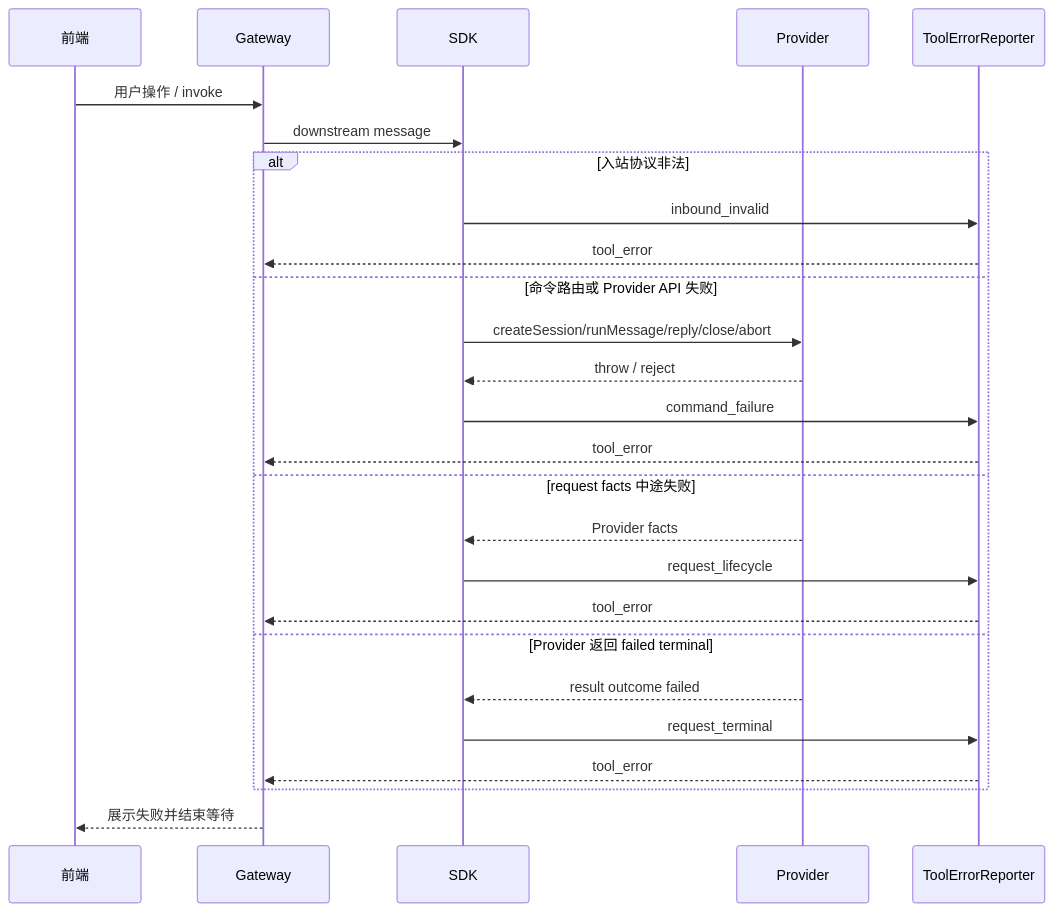
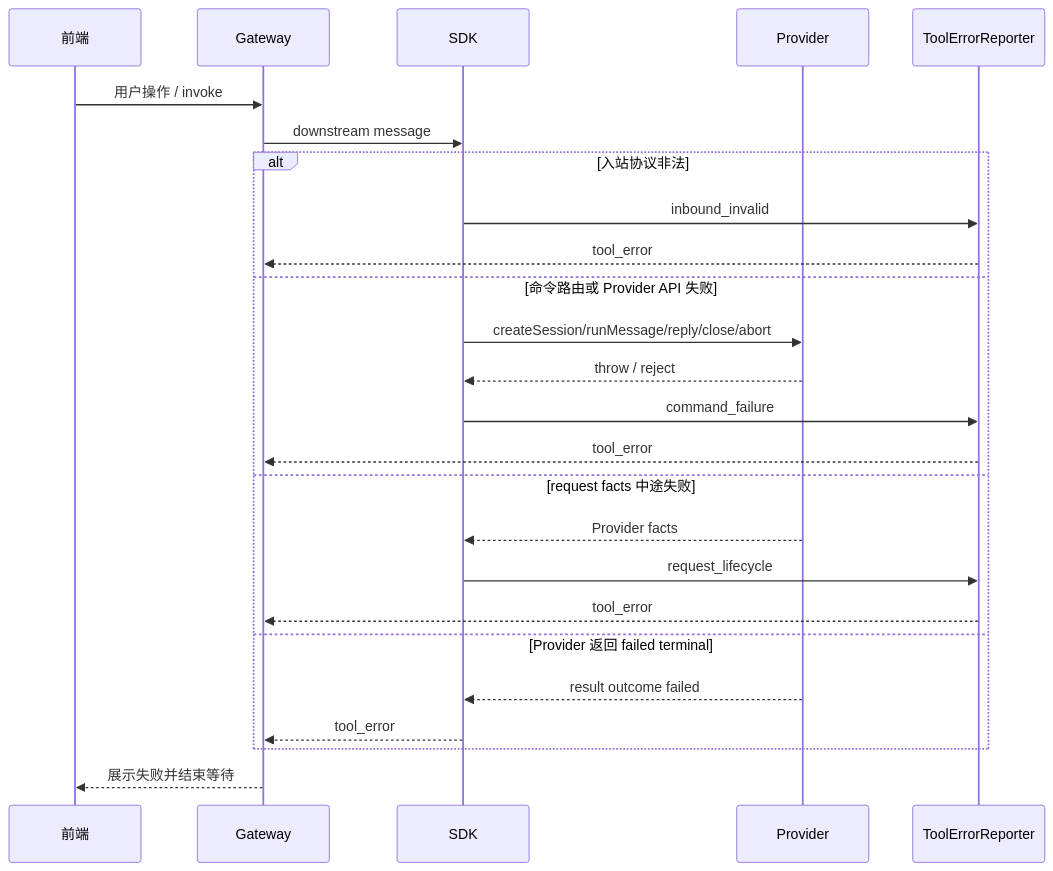
Before and after one commit to yuzhangCZ/agent-plugin: the second of 3 diagrams in docs/design/bridge-runtime-sdk-tool-error-stage-matrix.md, drawn with Mermaid. The commit also changed other lines of this file and 4 other files, not shown here.

Commit message:
chore align terminal tool error stages

````diff
--- a/docs/design/bridge-runtime-sdk-tool-error-stage-matrix.md
+++ b/docs/design/bridge-runtime-sdk-tool-error-stage-matrix.md
@@ -71,29 +70,28 @@
 ```mermaid
 sequenceDiagram
     participant FE as 前端
     participant GW as Gateway
     participant SDK as SDK
     participant P as Provider
     participant TER as ToolErrorReporter
 
     FE->>GW: 用户操作 / invoke
     GW->>SDK: downstream message
     alt 入站协议非法
         SDK->>TER: inbound_invalid
         TER-->>GW: tool_error
     else 命令路由或 Provider API 失败
         SDK->>P: createSession/runMessage/reply/close/abort
         P-->>SDK: throw / reject
         SDK->>TER: command_failure
         TER-->>GW: tool_error
     else request facts 中途失败
         P-->>SDK: Provider facts
         SDK->>TER: request_lifecycle
         TER-->>GW: tool_error
     else Provider 返回 failed terminal
         P-->>SDK: result outcome failed
-        SDK->>TER: request_terminal
-        TER-->>GW: tool_error
+        SDK-->>GW: tool_error
     end
     GW-->>FE: 展示失败并结束等待
 ```
````
